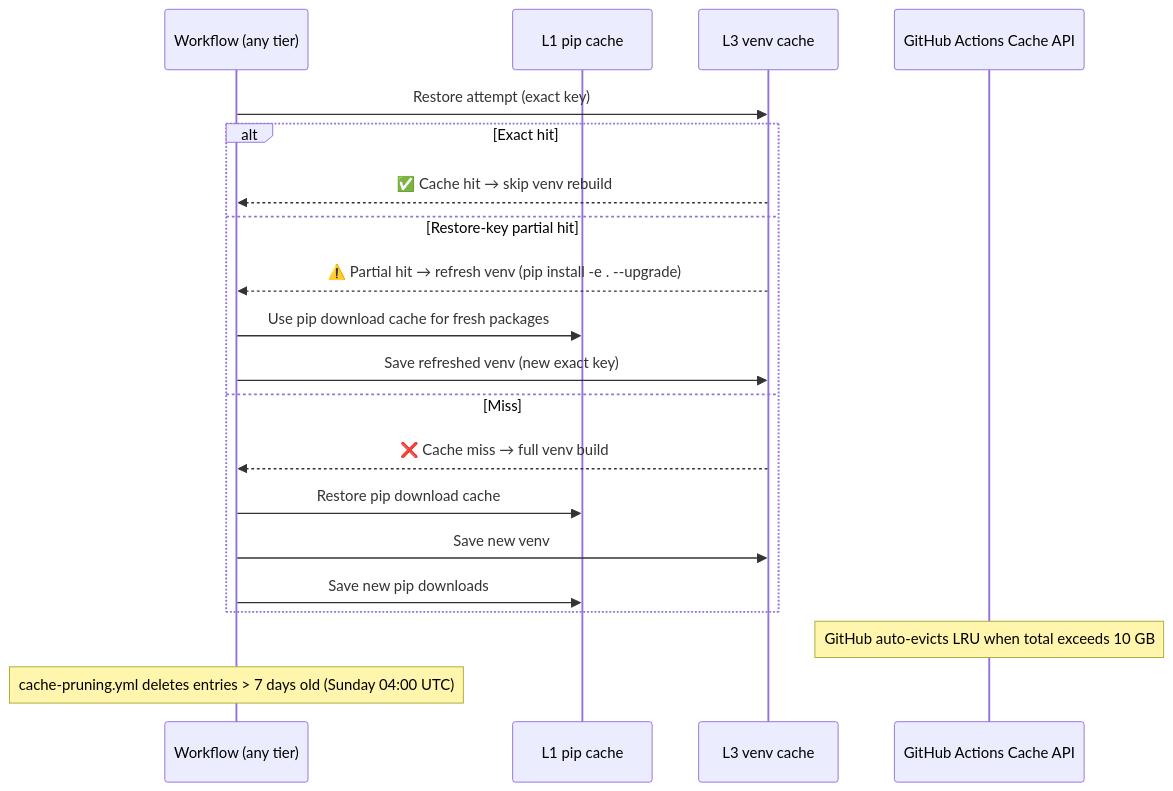
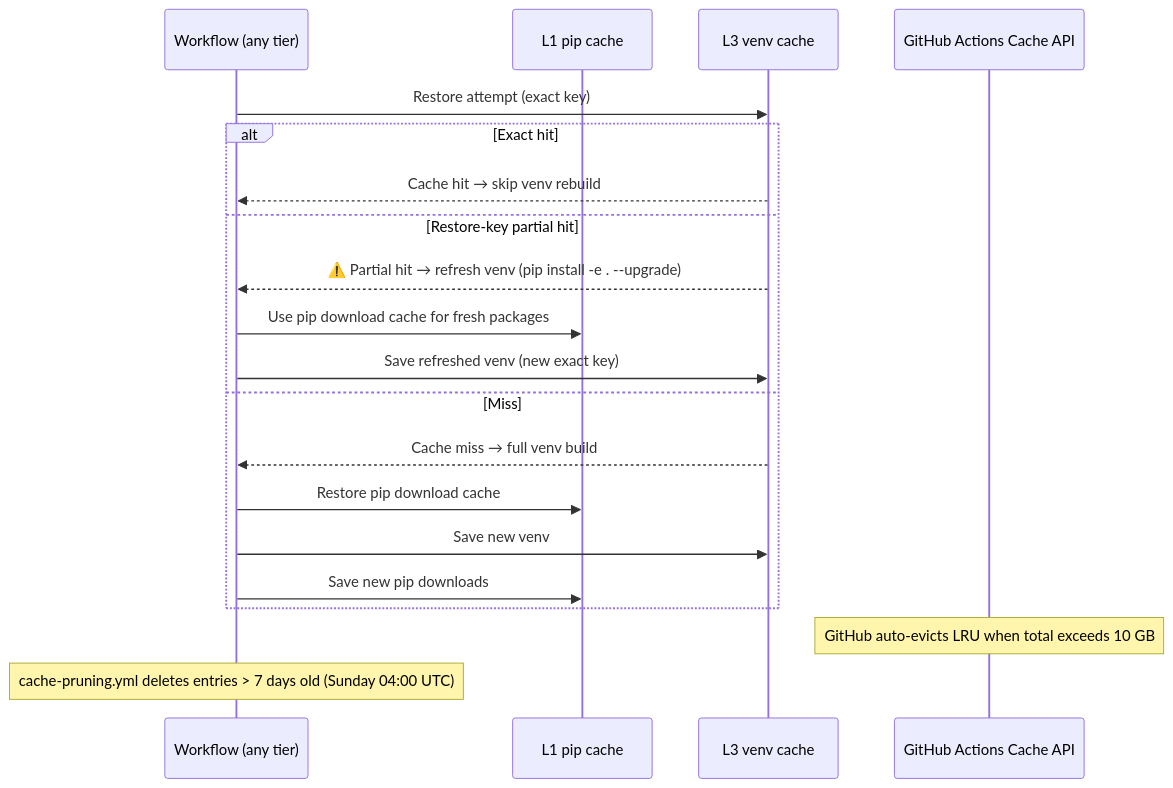
One commit to Aries-Serpent/_codex_ changed the fifth of 5 diagrams in docs/ops/CACHE_SHARED_DATASETS.md. Above: the diagram before and after it, drawn with Mermaid. The commit also changed other lines of this file and 2029 other files, not shown here.

````diff
--- a/docs/ops/CACHE_SHARED_DATASETS.md
+++ b/docs/ops/CACHE_SHARED_DATASETS.md
@@ -283,25 +285,25 @@
 ```mermaid
-%%{init: {'accessibility': {'title': 'Sequence Diagram: >>WF: ✅ Cache hit → skip venv '}}%%
+%%{init: {'accessibility': {'title': 'Sequence Diagram: >>WF:  Cache hit → skip venv '}}%%
 sequenceDiagram
     participant WF as Workflow (any tier)
     participant L1 as L1 pip cache
     participant L3 as L3 venv cache
     participant GH as GitHub Actions Cache API
 
     WF->>L3: Restore attempt (exact key)
     alt Exact hit
-        L3-->>WF: ✅ Cache hit → skip venv rebuild
+        L3-->>WF:  Cache hit → skip venv rebuild
     else Restore-key partial hit
         L3-->>WF: ⚠️ Partial hit → refresh venv (pip install -e . --upgrade)
         WF->>L1: Use pip download cache for fresh packages
         WF->>L3: Save refreshed venv (new exact key)
     else Miss
-        L3-->>WF: ❌ Cache miss → full venv build
+        L3-->>WF:  Cache miss → full venv build
         WF->>L1: Restore pip download cache
         WF->>L3: Save new venv
         WF->>L1: Save new pip downloads
     end
 
     Note over GH: GitHub auto-evicts LRU when total exceeds 10 GB
     Note over WF: cache-pruning.yml deletes entries > 7 days old (Sunday 04:00 UTC)
 ```
````
